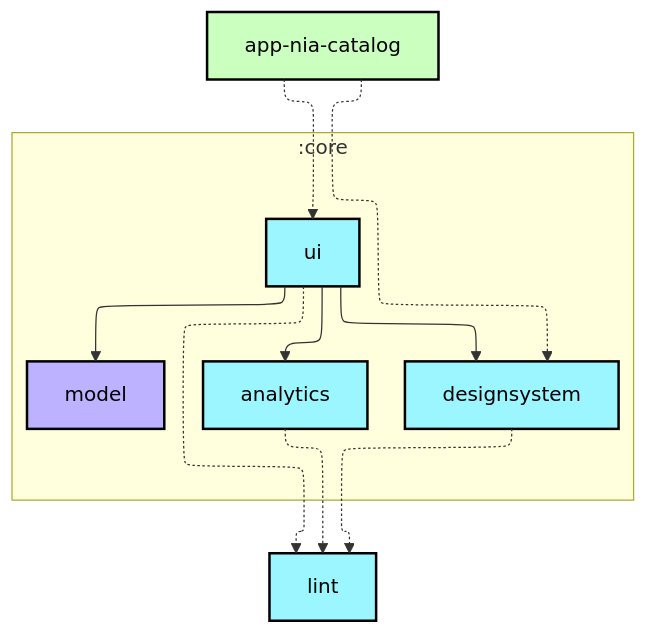
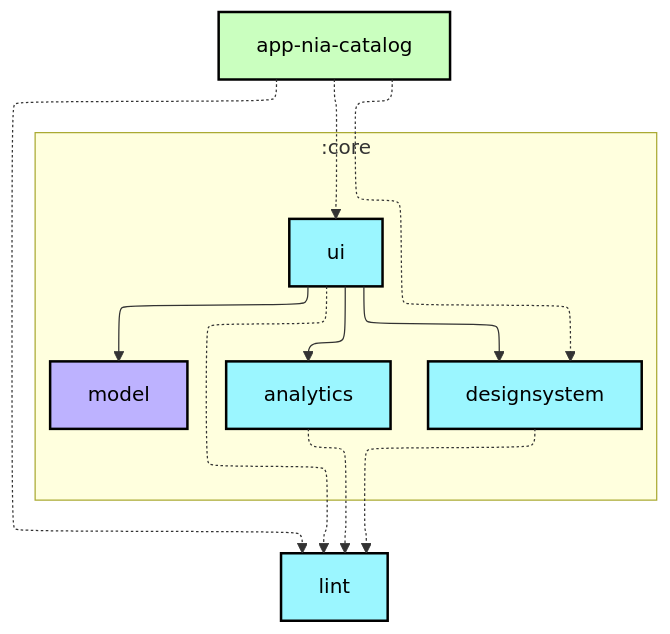
The first of 2 diagrams in app-nia-catalog/README.md (android/nowinandroid), drawn with Mermaid before and after one commit.

````diff
--- a/app-nia-catalog/README.md
+++ b/app-nia-catalog/README.md
@@ -6,34 +6,35 @@
 ```mermaid
 ---
 config:
   layout: elk
   elk:
     nodePlacementStrategy: SIMPLE
 ---
 graph TB
   subgraph :core
     direction TB
     :core:analytics[analytics]:::android-library
     :core:designsystem[designsystem]:::android-library
     :core:model[model]:::jvm-library
     :core:ui[ui]:::android-library
   end
   :lint[lint]:::android-library
   :app-nia-catalog[app-nia-catalog]:::android-application
 
   :app-nia-catalog -.-> :core:designsystem
   :app-nia-catalog -.-> :core:ui
+  :app-nia-catalog -.-> :lint
   :core:analytics -.-> :lint
   :core:designsystem -.-> :lint
   :core:ui --> :core:analytics
   :core:ui --> :core:designsystem
   :core:ui --> :core:model
   :core:ui -.-> :lint
 
 classDef android-application fill:#CAFFBF,stroke:#000,stroke-width:2px,color:#000;
 classDef android-feature fill:#FFD6A5,stroke:#000,stroke-width:2px,color:#000;
 classDef android-library fill:#9BF6FF,stroke:#000,stroke-width:2px,color:#000;
 classDef android-test fill:#A0C4FF,stroke:#000,stroke-width:2px,color:#000;
 classDef jvm-library fill:#BDB2FF,stroke:#000,stroke-width:2px,color:#000;
 classDef unknown fill:#FFADAD,stroke:#000,stroke-width:2px,color:#000;
 ```
````
